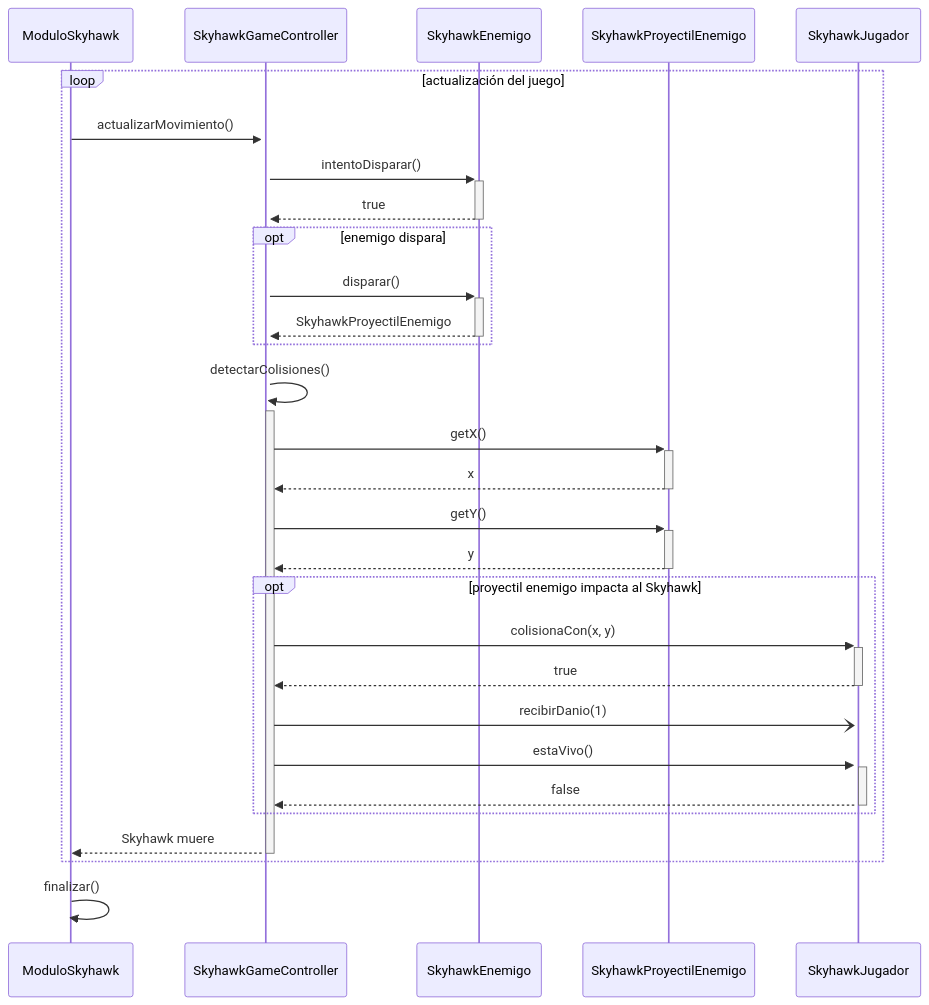
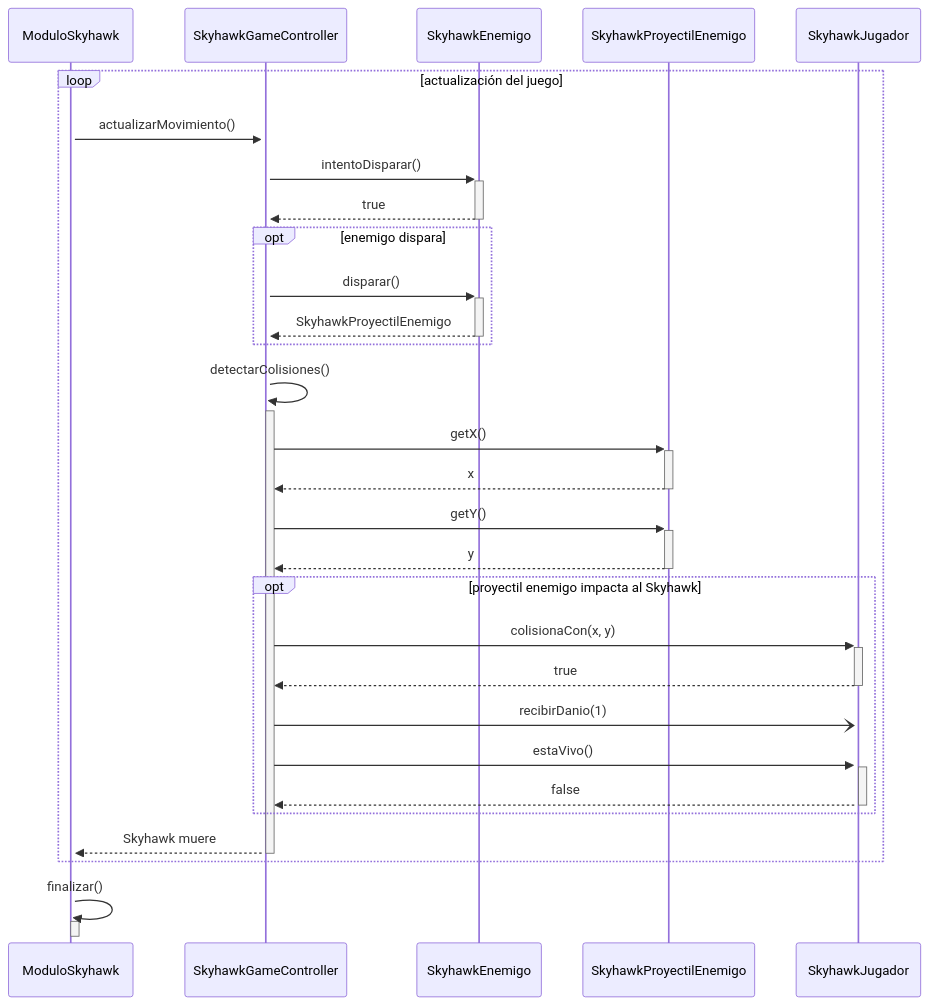
Before and after one commit to chiaraarego/Grupo-2---Skyhawk: the fifth of 7 diagrams in Diagramas/diagram_Secuencias_Actualizados.md, drawn with Mermaid.

````diff
--- a/Diagramas/diagram_Secuencias_Actualizados.md
+++ b/Diagramas/diagram_Secuencias_Actualizados.md
@@ -181,46 +181,50 @@
 ```mermaid
 sequenceDiagram
     participant ModuloSkyhawk
     participant SkyhawkGameController
     participant SkyhawkEnemigo
     participant SkyhawkProyectilEnemigo
     participant SkyhawkJugador
+
+    activate ModuloSkyhawk
 
     loop actualización del juego
         ModuloSkyhawk ->> +SkyhawkGameController : actualizarMovimiento()
 
         
         SkyhawkGameController ->> +SkyhawkEnemigo : intentoDisparar()
         SkyhawkEnemigo -->> -SkyhawkGameController : true
         
 
         opt enemigo dispara
             SkyhawkGameController ->> +SkyhawkEnemigo : disparar()
             SkyhawkEnemigo -->> -SkyhawkGameController : SkyhawkProyectilEnemigo
 
         end
 
         SkyhawkGameController ->> +SkyhawkGameController : detectarColisiones()
 
         SkyhawkGameController ->> +SkyhawkProyectilEnemigo : getX()
         SkyhawkProyectilEnemigo -->> -SkyhawkGameController : x
 
         SkyhawkGameController ->> +SkyhawkProyectilEnemigo : getY()
         SkyhawkProyectilEnemigo -->> -SkyhawkGameController : y
 
         opt proyectil enemigo impacta al Skyhawk
             SkyhawkGameController ->> +SkyhawkJugador : colisionaCon(x, y)
             SkyhawkJugador -->> -SkyhawkGameController : true
 
             SkyhawkGameController -) +SkyhawkJugador : recibirDanio(1)
 
             SkyhawkGameController ->> +SkyhawkJugador : estaVivo()
             SkyhawkJugador -->> -SkyhawkGameController : false
         end
 
         SkyhawkGameController -->> -ModuloSkyhawk : Skyhawk muere
 
     end
 ModuloSkyhawk ->> +ModuloSkyhawk : finalizar()
 
+    deactivate ModuloSkyhawk
+
 ```
````
